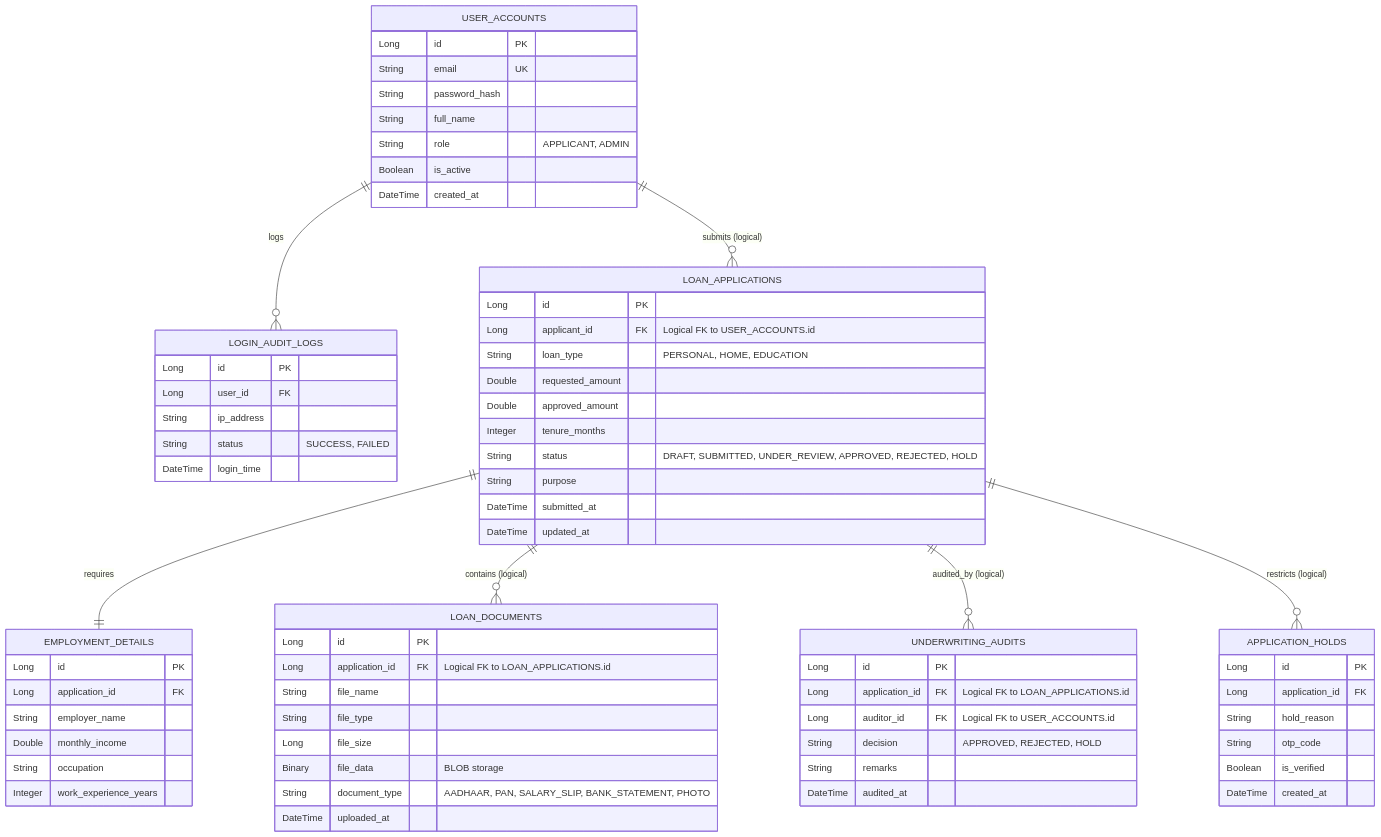
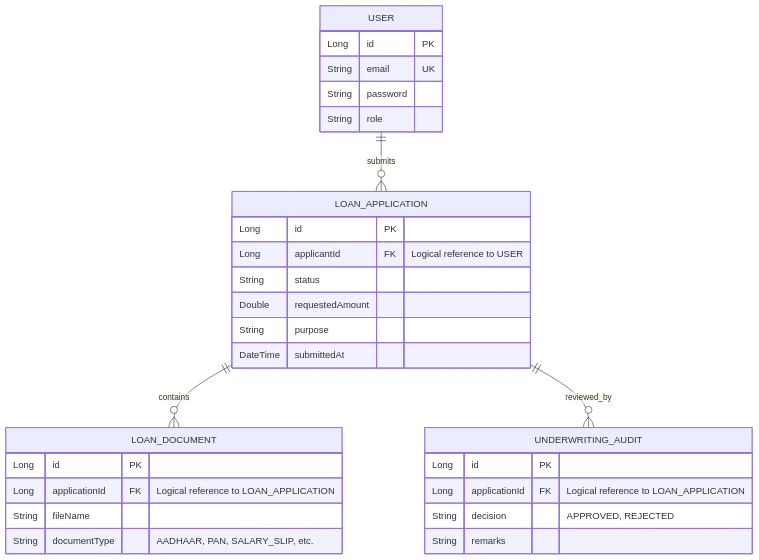
One commit to durgaaprasadch/FinFlow changed the third of 4 diagrams in docs/DESIGN_DIAGRAMS.md. Above: the diagram before and after it, drawn with Mermaid. The commit also changed other lines of this file and 2 other files, not shown here.

````diff
--- a/docs/DESIGN_DIAGRAMS.md
+++ b/docs/DESIGN_DIAGRAMS.md
@@ -117,83 +78,36 @@
 ```mermaid
 erDiagram
-    %% Auth Service DB
-    USER_ACCOUNTS {
+    USER {
         Long id PK
         String email UK
-        String password_hash
-        String full_name
-        String role "APPLICANT, ADMIN"
-        Boolean is_active
-        DateTime created_at
-    }
-    
-    LOGIN_AUDIT_LOGS {
-        Long id PK
-        Long user_id FK
-        String ip_address
-        String status "SUCCESS, FAILED"
-        DateTime login_time
+        String password
+        String role
     }
 
-    %% Application Service DB
-    LOAN_APPLICATIONS {
+    LOAN_APPLICATION {
         Long id PK
-        Long applicant_id FK "Logical FK to USER_ACCOUNTS.id"
-        String loan_type "PERSONAL, HOME, EDUCATION"
-        Double requested_amount
-        Double approved_amount
-        Integer tenure_months
-        String status "DRAFT, SUBMITTED, UNDER_REVIEW, APPROVED, REJECTED, HOLD"
+        Long applicantId FK "Logical reference to USER"
+        String status
+        Double requestedAmount
         String purpose
-        DateTime submitted_at
-        DateTime updated_at
+        DateTime submittedAt
     }
 
-    EMPLOYMENT_DETAILS {
+    LOAN_DOCUMENT {
         Long id PK
-        Long application_id FK
-        String employer_name
-        Double monthly_income
-        String occupation
-        Integer work_experience_years
+        Long applicationId FK "Logical reference to LOAN_APPLICATION"
+        String fileName
+        String documentType "AADHAAR, PAN, SALARY_SLIP, etc."
     }
 
-    %% Document Service DB
-    LOAN_DOCUMENTS {
+    UNDERWRITING_AUDIT {
         Long id PK
-        Long application_id FK "Logical FK to LOAN_APPLICATIONS.id"
-        String file_name
-        String file_type
-        Long file_size
-        Binary file_data "BLOB storage"
-        String document_type "AADHAAR, PAN, SALARY_SLIP, BANK_STATEMENT, PHOTO"
-        DateTime uploaded_at
+        Long applicationId FK "Logical reference to LOAN_APPLICATION"
+        String decision "APPROVED, REJECTED"
+        String remarks
     }
 
-    %% Admin Service DB
-    UNDERWRITING_AUDITS {
-        Long id PK
-        Long application_id FK "Logical FK to LOAN_APPLICATIONS.id"
-        Long auditor_id FK "Logical FK to USER_ACCOUNTS.id"
-        String decision "APPROVED, REJECTED, HOLD"
-        String remarks
-        DateTime audited_at
-    }
-
-    APPLICATION_HOLDS {
-        Long id PK
-        Long application_id FK
-        String hold_reason
-        String otp_code
-        Boolean is_verified
-        DateTime created_at
-    }
-
-    %% Logical Cross-Service Relationships
-    USER_ACCOUNTS ||--o{ LOGIN_AUDIT_LOGS : "logs"
-    USER_ACCOUNTS ||--o{ LOAN_APPLICATIONS : "submits (logical)"
-    LOAN_APPLICATIONS ||--|| EMPLOYMENT_DETAILS : "requires"
-    LOAN_APPLICATIONS ||--o{ LOAN_DOCUMENTS : "contains (logical)"
-    LOAN_APPLICATIONS ||--o{ UNDERWRITING_AUDITS : "audited_by (logical)"
-    LOAN_APPLICATIONS ||--o{ APPLICATION_HOLDS : "restricts (logical)"
+    USER ||--o{ LOAN_APPLICATION : "submits"
+    LOAN_APPLICATION ||--o{ LOAN_DOCUMENT : "contains"
+    LOAN_APPLICATION ||--o{ UNDERWRITING_AUDIT : "reviewed_by"
 ```
````
